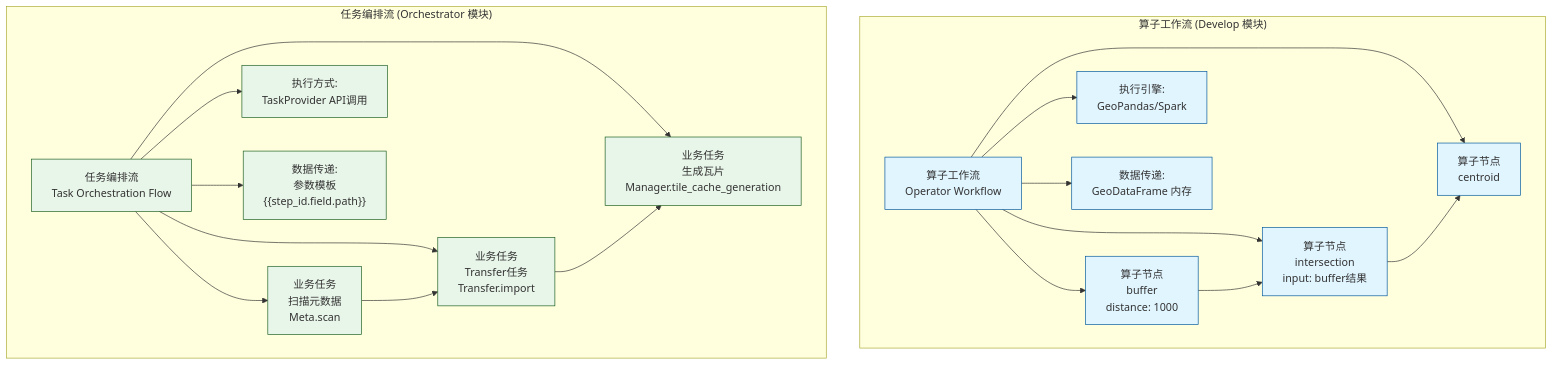
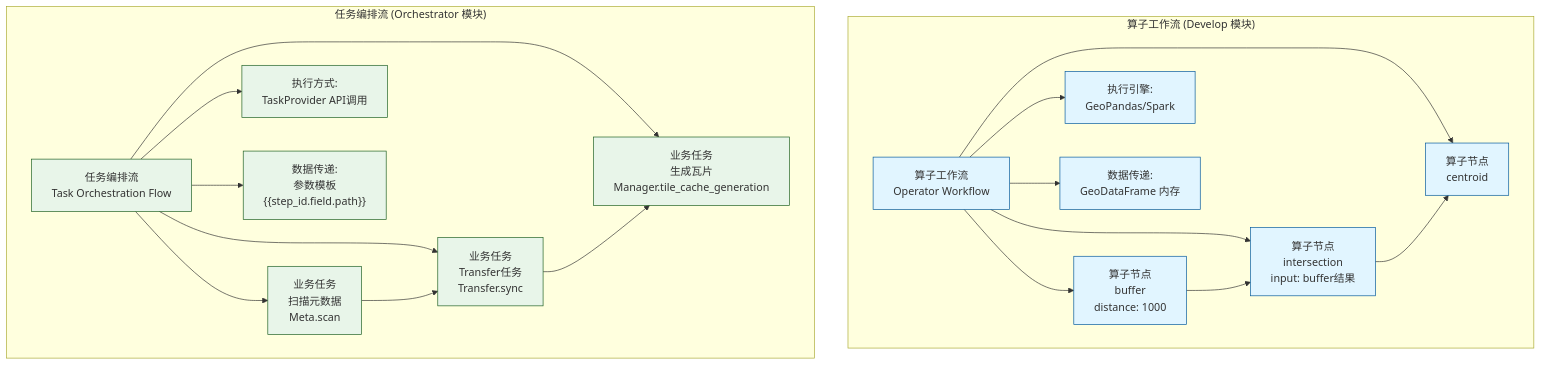
One commit to pampa0629/addp changed the second of 6 diagrams in docs/concepts/addp任务编排体系图.md. Above: the diagram before and after it, drawn with Mermaid. The commit also changed other lines of this file and 402 other files, not shown here.

````diff
--- a/docs/concepts/addp任务编排体系图.md
+++ b/docs/concepts/addp任务编排体系图.md
@@ -134,36 +134,36 @@
 ```mermaid
 graph TB
     subgraph "算子工作流 (Develop 模块)"
         OpWF[算子工作流<br/>Operator Workflow]
 
         OpWF --> OpNode1[算子节点<br/>buffer<br/>distance: 1000]
         OpWF --> OpNode2[算子节点<br/>intersection<br/>input: buffer结果]
         OpWF --> OpNode3[算子节点<br/>centroid]
 
         OpNode1 --> OpNode2
         OpNode2 --> OpNode3
 
         OpWF --> OpEngine[执行引擎:<br/>GeoPandas/Spark]
         OpWF --> OpData[数据传递:<br/>GeoDataFrame 内存]
     end
 
     subgraph "任务编排流 (Orchestrator 模块)"
         TaskWF[任务编排流<br/>Task Orchestration Flow]
 
         TaskWF --> TaskNode1[业务任务<br/>扫描元数据<br/>Meta.scan]
-        TaskWF --> TaskNode2[业务任务<br/>Transfer任务<br/>Transfer.import]
+        TaskWF --> TaskNode2[业务任务<br/>Transfer任务<br/>Transfer.sync]
         TaskWF --> TaskNode3[业务任务<br/>生成瓦片<br/>Manager.tile_cache_generation]
 
         TaskNode1 --> TaskNode2
         TaskNode2 --> TaskNode3
 
         TaskWF --> TaskEngine[执行方式:<br/>TaskProvider API调用]
         TaskWF --> TaskData["数据传递:<br/>参数模板<br/>{{step_id.field.path}}"]
     end
 
     classDef operator fill:#e1f5ff,stroke:#01579b
     classDef task fill:#e8f5e9,stroke:#1b5e20
 
     class OpWF,OpNode1,OpNode2,OpNode3,OpEngine,OpData operator
     class TaskWF,TaskNode1,TaskNode2,TaskNode3,TaskEngine,TaskData task
 ```
````
